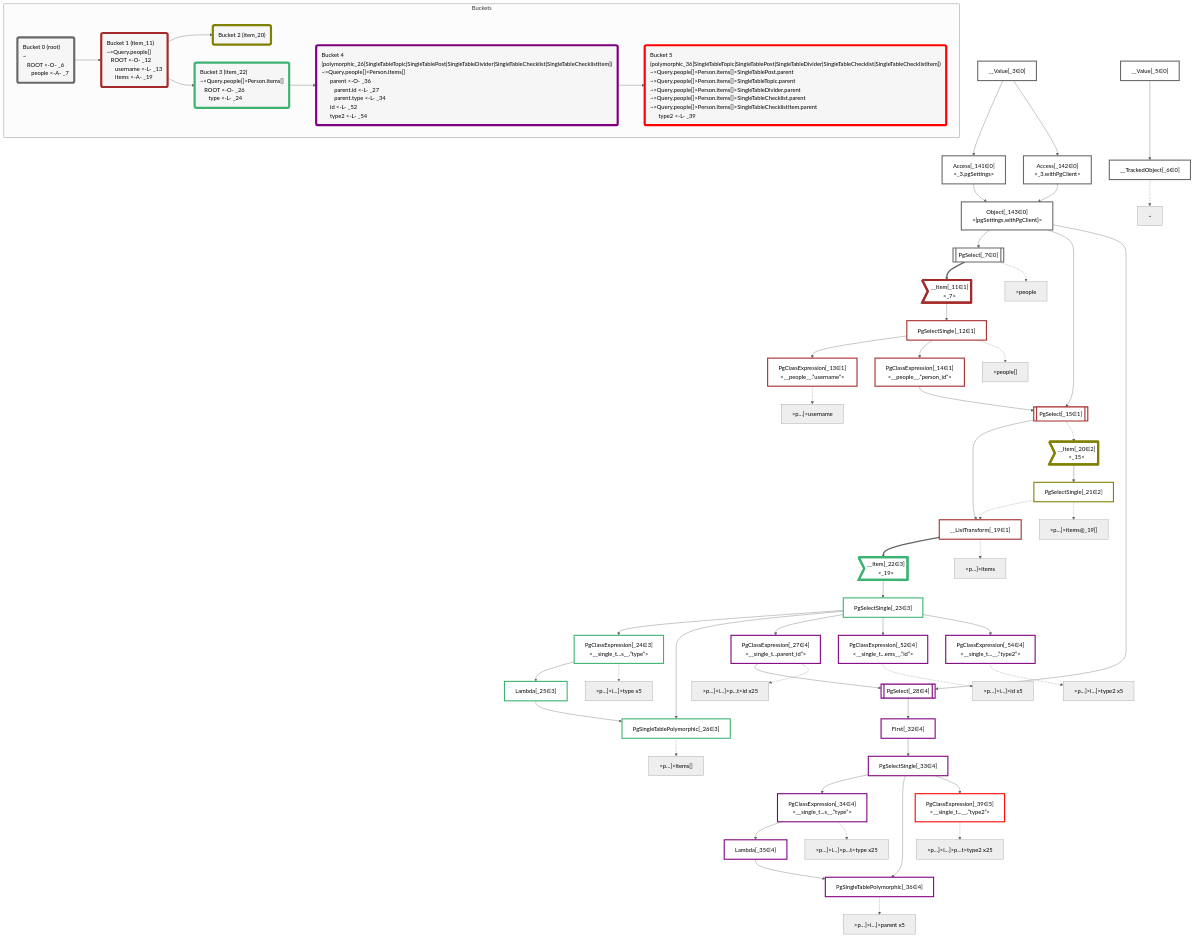
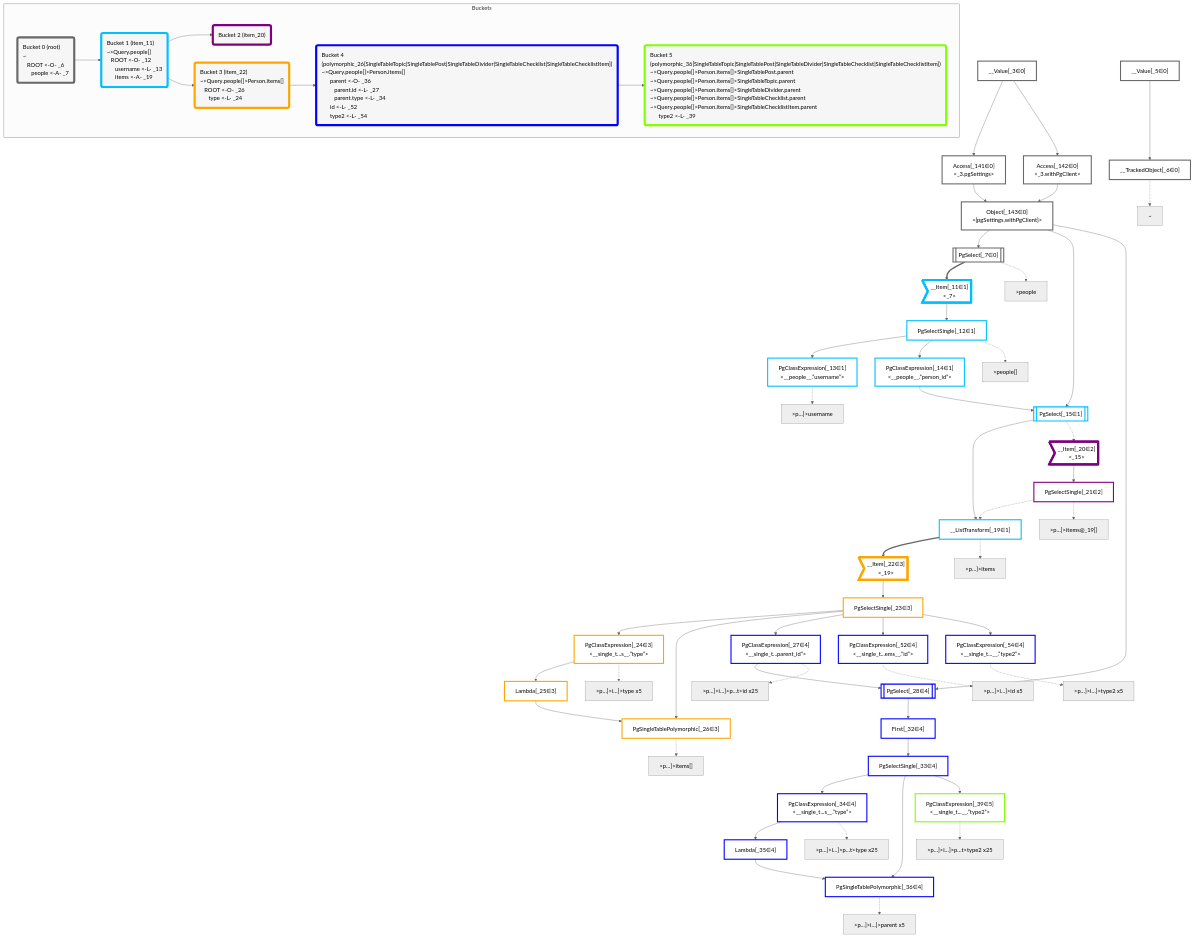
The diagram in packages/dataplan-pg/__tests__/queries/interfaces-single-table/nested.deopt.mermaid.md (graphile/crystal), drawn with Mermaid (neutral theme) before and after one commit. The commit also changed 157 other files, not shown here.

````diff
--- a/packages/dataplan-pg/__tests__/queries/interfaces-single-table/nested.deopt.mermaid.md
+++ b/packages/dataplan-pg/__tests__/queries/interfaces-single-table/nested.deopt.mermaid.md
@@ -108,34 +108,34 @@
     %% allocate buckets
     classDef bucket0 stroke:#696969
     class __Value_3,__Value_5,__TrackedObject_6,PgSelect_7,Access_141,Access_142,Object_143 bucket0
-    classDef bucket1 stroke:#a52a2a
+    classDef bucket1 stroke:#00bfff
     class __Item_11,PgSelectSingle_12,PgClassExpression_13,PgClassExpression_14,PgSelect_15,__ListTransform_19 bucket1
-    classDef bucket2 stroke:#808000
+    classDef bucket2 stroke:#7f007f
     class __Item_20,PgSelectSingle_21 bucket2
-    classDef bucket3 stroke:#3cb371
+    classDef bucket3 stroke:#ffa500
     class __Item_22,PgSelectSingle_23,PgClassExpression_24,Lambda_25,PgSingleTablePolymorphic_26 bucket3
-    classDef bucket4 stroke:#7f007f
+    classDef bucket4 stroke:#0000ff
     class PgClassExpression_27,PgSelect_28,First_32,PgSelectSingle_33,PgClassExpression_34,Lambda_35,PgSingleTablePolymorphic_36,PgClassExpression_52,PgClassExpression_54 bucket4
-    classDef bucket5 stroke:#ff0000
+    classDef bucket5 stroke:#7fff00
     class PgClassExpression_39 bucket5
 
     subgraph Buckets
     Bucket0("Bucket 0 (root)<br />~<br />⠀ROOT <-O- _6<br />⠀⠀people <-A- _7"):::bucket
     style Bucket0 stroke:#696969
     Bucket1("Bucket 1 (item_11)<br />~>Query.people[]<br />⠀ROOT <-O- _12<br />⠀⠀username <-L- _13<br />⠀⠀items <-A- _19"):::bucket
-    style Bucket1 stroke:#a52a2a
+    style Bucket1 stroke:#00bfff
     Bucket0 --> Bucket1
     Bucket2("Bucket 2 (item_20)"):::bucket
-    style Bucket2 stroke:#808000
+    style Bucket2 stroke:#7f007f
     Bucket1 --> Bucket2
     Bucket3("Bucket 3 (item_22)<br />~>Query.people[]>Person.items[]<br />⠀ROOT <-O- _26<br />⠀⠀type <-L- _24"):::bucket
-    style Bucket3 stroke:#3cb371
+    style Bucket3 stroke:#ffa500
     Bucket1 --> Bucket3
     Bucket4("Bucket 4 (polymorphic_26[SingleTableTopic|SingleTablePost|SingleTableDivider|SingleTableChecklist|SingleTableChecklistItem])<br />~>Query.people[]>Person.items[]<br />⠀⠀parent <-O- _36<br />⠀⠀⠀parent.id <-L- _27<br />⠀⠀⠀parent.type <-L- _34<br />⠀⠀id <-L- _52<br />⠀⠀type2 <-L- _54"):::bucket
-    style Bucket4 stroke:#7f007f
+    style Bucket4 stroke:#0000ff
     Bucket3 --> Bucket4
     Bucket5("Bucket 5 (polymorphic_36[SingleTableTopic|SingleTablePost|SingleTableDivider|SingleTableChecklist|SingleTableChecklistItem])<br />~>Query.people[]>Person.items[]>SingleTablePost.parent<br />~>Query.people[]>Person.items[]>SingleTableTopic.parent<br />~>Query.people[]>Person.items[]>SingleTableDivider.parent<br />~>Query.people[]>Person.items[]>SingleTableChecklist.parent<br />~>Query.people[]>Person.items[]>SingleTableChecklistItem.parent<br />⠀⠀type2 <-L- _39"):::bucket
-    style Bucket5 stroke:#ff0000
+    style Bucket5 stroke:#7fff00
     Bucket4 --> Bucket5
     end
 ```
````
